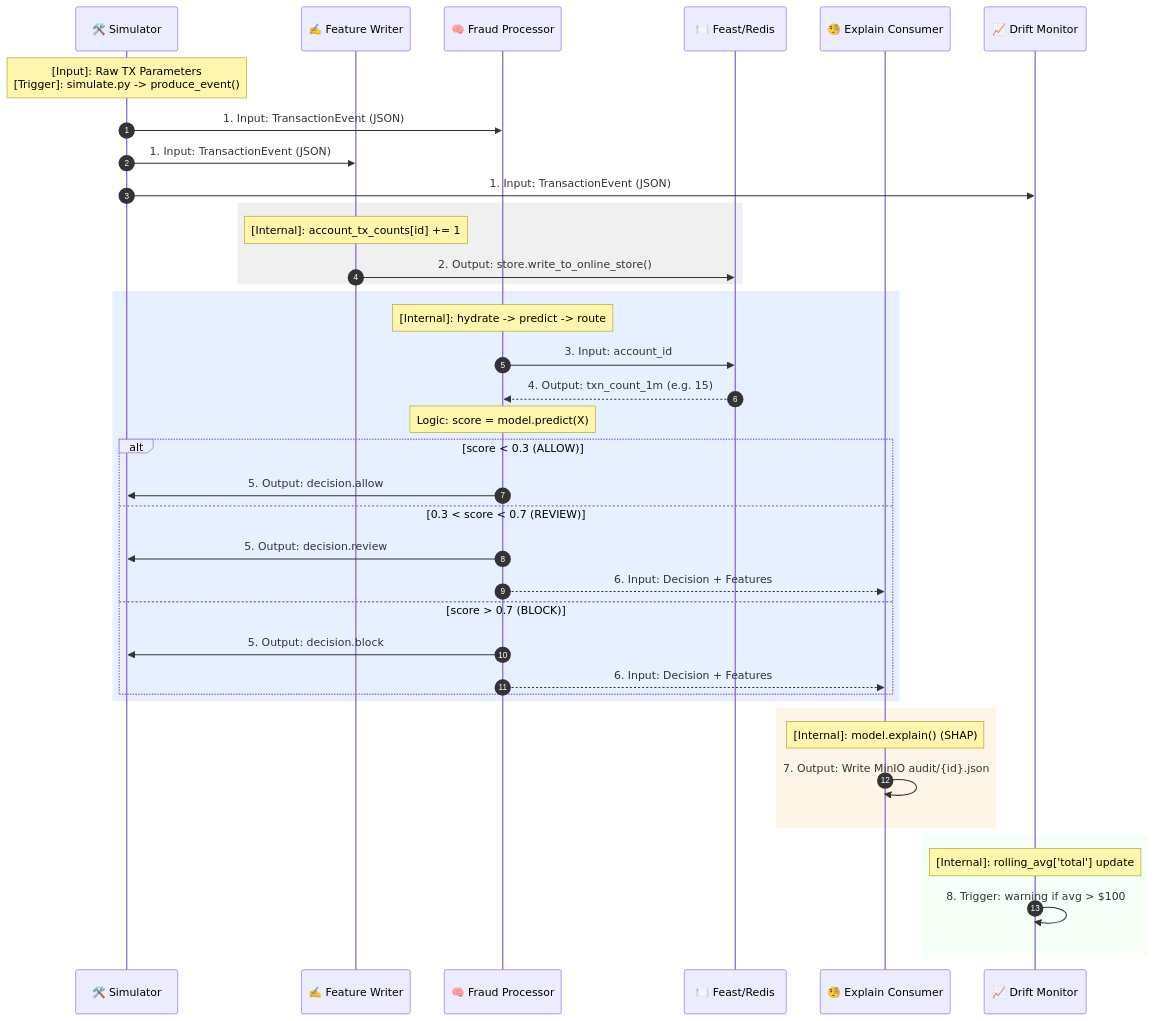
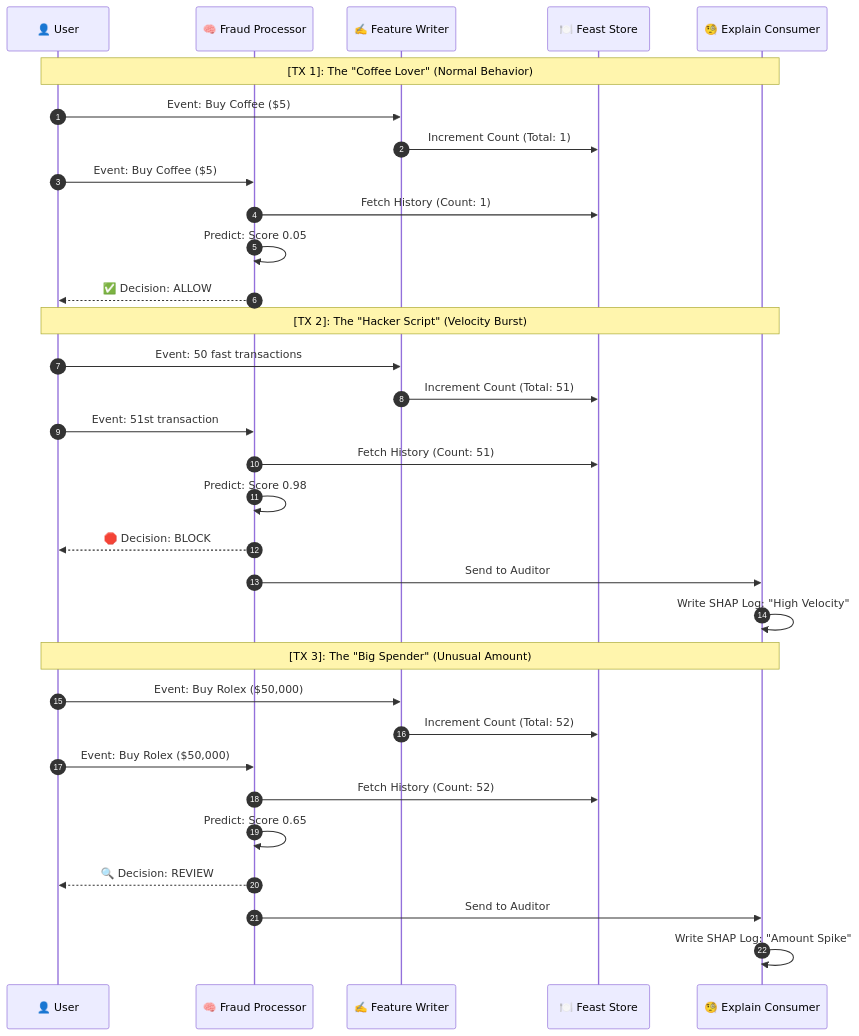
The second of 2 diagrams in README.md (darshanmeel/fraud_detector), drawn with Mermaid before and after one commit. The commit also changed other lines of this file, not shown here.

Commit message:
docs: add animated-style Mermaid playback for 3-transaction lifecycle examples

````diff
--- a/README.md
+++ b/README.md
@@ -52,48 +43,37 @@
 ```mermaid
 sequenceDiagram
     autonumber
-    participant S as 🛠️ Simulator
+    participant U as 👤 User
+    participant FP as 🧠 Fraud Processor
     participant FW as ✍️ Feature Writer
-    participant FP as 🧠 Fraud Processor
-    participant FS as 🍽️ Feast/Redis
+    participant FS as 🍽️ Feast Store
     participant EC as 🧐 Explain Consumer
-    participant DM as 📈 Drift Monitor
 
-    Note over S: [Input]: Raw TX Parameters<br/>[Trigger]: simulate.py -> produce_event()
-    S->>FP: 1. Input: TransactionEvent (JSON)
-    S->>FW: 1. Input: TransactionEvent (JSON)
-    S->>DM: 1. Input: TransactionEvent (JSON)
+    Note over U, EC: [TX 1]: The "Coffee Lover" (Normal Behavior)
+    U->>FW: Event: Buy Coffee ($5)
+    FW->>FS: Increment Count (Total: 1)
+    U->>FP: Event: Buy Coffee ($5)
+    FP->>FS: Fetch History (Count: 1)
+    FP->>FP: Predict: Score 0.05
+    FP-->>U: ✅ Decision: ALLOW
 
-    rect rgb(240, 240, 240)
-    Note over FW: [Internal]: account_tx_counts[id] += 1
-    FW->>FS: 2. Output: store.write_to_online_store()
-    end
+    Note over U, EC: [TX 2]: The "Hacker Script" (Velocity Burst)
+    U->>FW: Event: 50 fast transactions
+    FW->>FS: Increment Count (Total: 51)
+    U->>FP: Event: 51st transaction
+    FP->>FS: Fetch History (Count: 51)
+    FP->>FP: Predict: Score 0.98
+    FP-->>U: 🛑 Decision: BLOCK
+    FP->>EC: Send to Auditor
+    EC->>EC: Write SHAP Log: "High Velocity"
 
-    rect rgb(230, 240, 255)
-    Note over FP: [Internal]: hydrate -> predict -> route
-    FP->>FS: 3. Input: account_id
-    FS-->>FP: 4. Output: txn_count_1m (e.g. 15)
-    
-    Note over FP: Logic: score = model.predict(X)
-    
-    alt score < 0.3 (ALLOW)
-        FP->>S: 5. Output: decision.allow
-    else 0.3 < score < 0.7 (REVIEW)
-        FP->>S: 5. Output: decision.review
-        FP-->>EC: 6. Input: Decision + Features
-    else score > 0.7 (BLOCK)
-        FP->>S: 5. Output: decision.block
-        FP-->>EC: 6. Input: Decision + Features
-    end
-    end
-
-    rect rgb(255, 245, 230)
-    Note over EC: [Internal]: model.explain() (SHAP)
-    EC->>EC: 7. Output: Write MinIO audit/{id}.json
-    end
-
-    rect rgb(245, 255, 245)
-    Note over DM: [Internal]: rolling_avg['total'] update
-    DM->>DM: 8. Trigger: warning if avg > $100
-    end
+    Note over U, EC: [TX 3]: The "Big Spender" (Unusual Amount)
+    U->>FW: Event: Buy Rolex ($50,000)
+    FW->>FS: Increment Count (Total: 52)
+    U->>FP: Event: Buy Rolex ($50,000)
+    FP->>FS: Fetch History (Count: 52)
+    FP->>FP: Predict: Score 0.65
+    FP-->>U: 🔍 Decision: REVIEW
+    FP->>EC: Send to Auditor
+    EC->>EC: Write SHAP Log: "Amount Spike"
 ```
````
